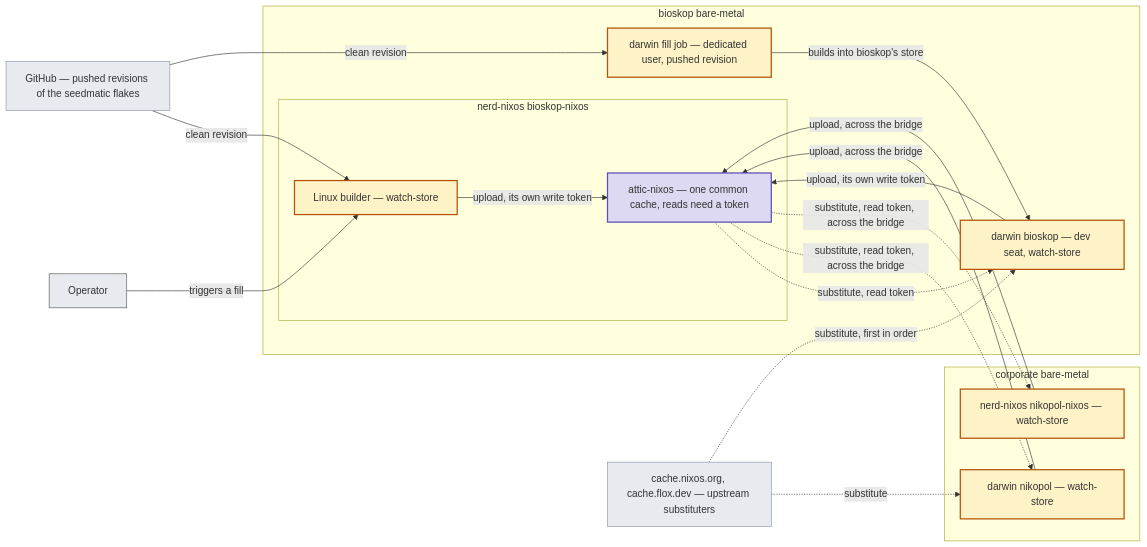
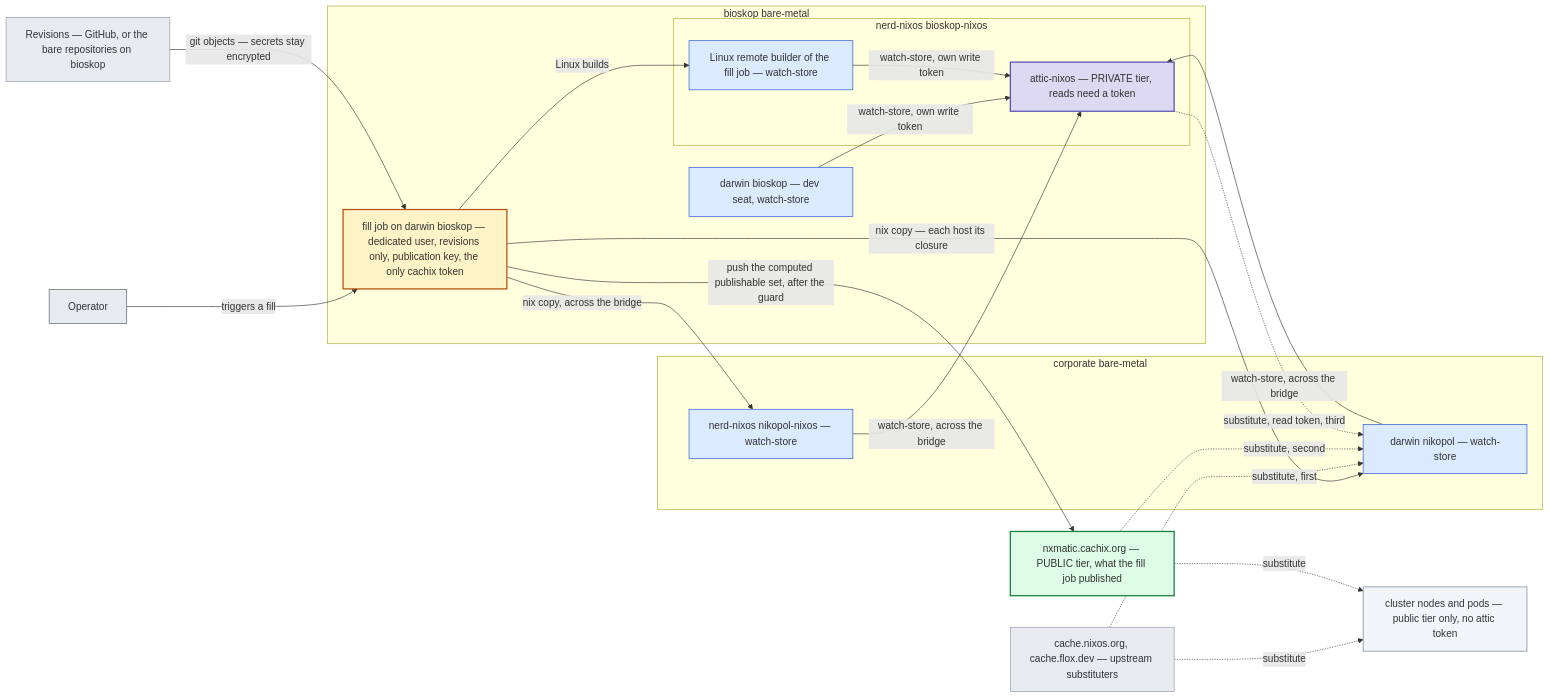
One commit to seedmatic/ndh changed the first of 11 diagrams in docs/private-binary-cache-spec.adoc. Above: the diagram before and after it, drawn with Mermaid. The commit also changed other lines of this file, not shown here.

First line of the commit message:
docs(cache): trusted paths go public, the rest stays private, and the builder evaluates revisions only

```diff
--- a/docs/private-binary-cache-spec.adoc
+++ b/docs/private-binary-cache-spec.adoc
@@ -114,40 +152,43 @@
 [mermaid]
 ....
 flowchart LR
   op["Operator"]:::person
-  gh["GitHub — pushed revisions of the seedmatic flakes"]:::ext
+  gh["Revisions — GitHub, or the bare repositories on bioskop"]:::ext
   up["cache.nixos.org, cache.flox.dev — upstream substituters"]:::ext
+  cx["nxmatic.cachix.org — PUBLIC tier, what the fill job published"]:::pub
 
   subgraph BIOSKOP["bioskop bare-metal"]
-    dB["darwin bioskop — dev seat, watch-store"]:::builder
-    dj["darwin fill job — dedicated user, pushed revision"]:::builder
+    dj["fill job on darwin bioskop — dedicated user, revisions only, publication key, the only cachix token"]:::builder
+    dB["darwin bioskop — dev seat, watch-store"]:::host
     subgraph NN_B["nerd-nixos bioskop-nixos"]
-      lb["Linux builder — watch-store"]:::builder
-      attic["attic-nixos — one common cache, reads need a token"]:::cache
+      lb["Linux remote builder of the fill job — watch-store"]:::host
+      attic["attic-nixos — PRIVATE tier, reads need a token"]:::cache
     end
   end
   subgraph NIKOPOL["corporate bare-metal"]
-    dN["darwin nikopol — watch-store"]:::builder
-    nN["nerd-nixos nikopol-nixos — watch-store"]:::builder
+    dN["darwin nikopol — watch-store"]:::host
+    nN["nerd-nixos nikopol-nixos — watch-store"]:::host
   end
+  cl["cluster nodes and pods — public tier only, no attic token"]:::none
 
-  op -->|"triggers a fill"| lb
-  gh -->|"clean revision"| lb
-  gh -->|"clean revision"| dj
-  dj -->|"builds into bioskop's store"| dB
-  lb -->|"upload, its own write token"| attic
-  dB -->|"upload, its own write token"| attic
-  dN -->|"upload, across the bridge"| attic
-  nN -->|"upload, across the bridge"| attic
-  attic -.->|"substitute, read token"| dB
-  attic -.->|"substitute, read token, across the bridge"| dN
-  attic -.->|"substitute, read token, across the bridge"| nN
-  up -.->|"substitute, first in order"| dB
-  up -.->|"substitute"| dN
+  op -->|"triggers a fill"| dj
+  gh -->|"git objects — secrets stay encrypted"| dj
+  dj -->|"Linux builds"| lb
+  dj -->|"push the computed publishable set, after the guard"| cx
+  dj -->|"nix copy — each host its closure"| dN
+  dj -->|"nix copy, across the bridge"| nN
+  dB & lb -->|"watch-store, own write token"| attic
+  dN & nN -->|"watch-store, across the bridge"| attic
+  up -.->|"substitute, first"| dN
+  cx -.->|"substitute, second"| dN
+  attic -.->|"substitute, read token, third"| dN
+  up & cx -.->|"substitute"| cl
 
   classDef person fill:#e7ebf0,stroke:#555;
   classDef ext fill:#e7ebf0,stroke:#8a94a3;
+  classDef pub fill:#dcfce7,stroke:#15803d,stroke-width:2px;
   classDef host fill:#dbeafe,stroke:#1d4ed8;
   classDef builder fill:#fef3c7,stroke:#b45309,stroke-width:2px;
   classDef cache fill:#ddd9f2,stroke:#5b52b8,stroke-width:2px;
+  classDef none fill:#f1f5f9,stroke:#64748b;
 ....
```
